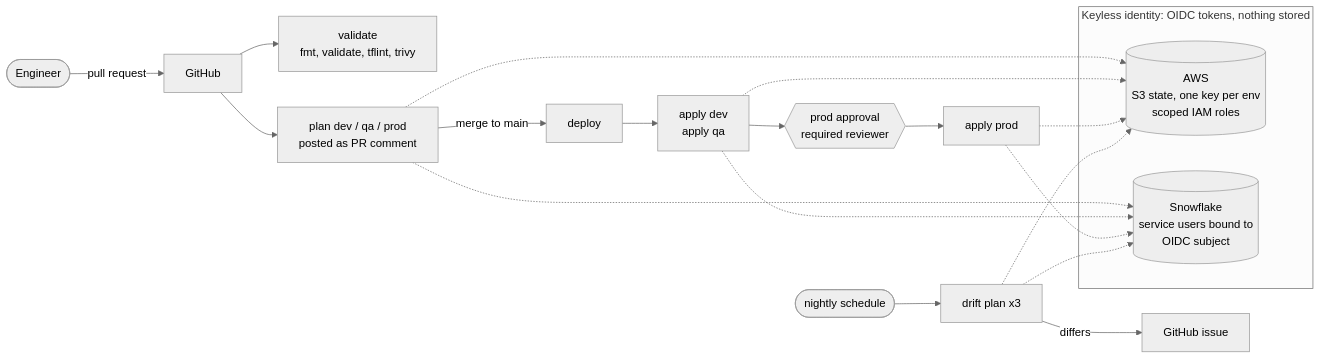
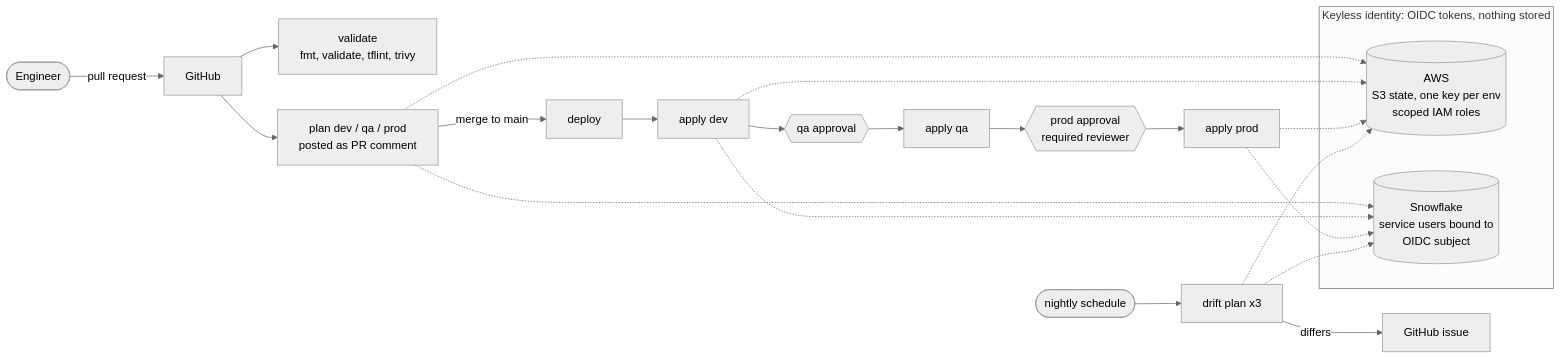
Before and after one commit to eltelemaco/snowflake-platform-iac: the diagram in README.md, drawn with Mermaid (neutral theme). The commit also changed other lines of this file and 5 other files, not shown here.

````diff
--- a/README.md
+++ b/README.md
@@ -28,27 +28,28 @@
 ```mermaid
 flowchart LR
   dev([Engineer]) -- pull request --> gh[GitHub]
   gh --> val["validate<br/>fmt, validate, tflint, trivy"]
   gh --> plan["plan dev / qa / prod<br/>posted as PR comment"]
   plan -- merge to main --> dep[deploy]
-  dep --> ad["apply dev<br/>apply qa"]
-  ad --> gate{{"prod approval<br/>required reviewer"}}
+  dep --> ad["apply dev"]
+  ad --> gq{{"qa approval"}} --> aq[apply qa]
+  aq --> gate{{"prod approval<br/>required reviewer"}}
   gate --> ap[apply prod]
 
   subgraph identity["Keyless identity: OIDC tokens, nothing stored"]
     aws[("AWS<br/>S3 state, one key per env<br/>scoped IAM roles")]
     sf[("Snowflake<br/>service users bound to<br/>OIDC subject")]
   end
 
   plan -.-> aws
   plan -.-> sf
   ad -.-> aws
   ad -.-> sf
   ap -.-> aws
   ap -.-> sf
 
   cron([nightly schedule]) --> drift[drift plan x3]
   drift -.-> aws
   drift -.-> sf
   drift -- differs --> issue[GitHub issue]
 ```
````
